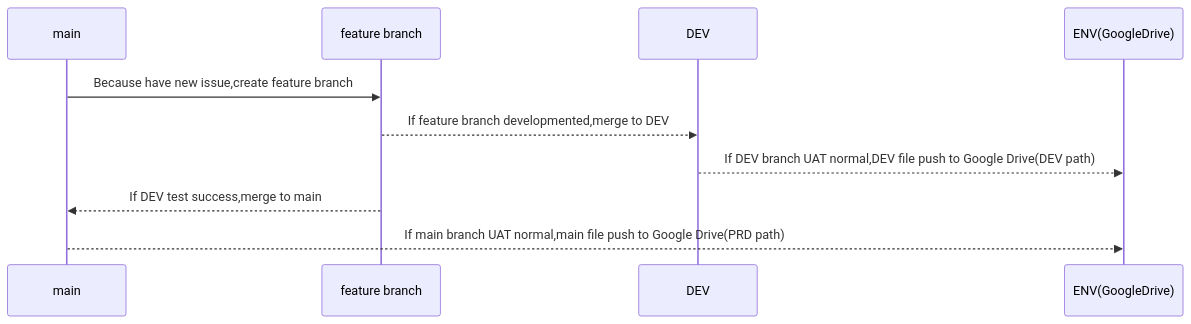
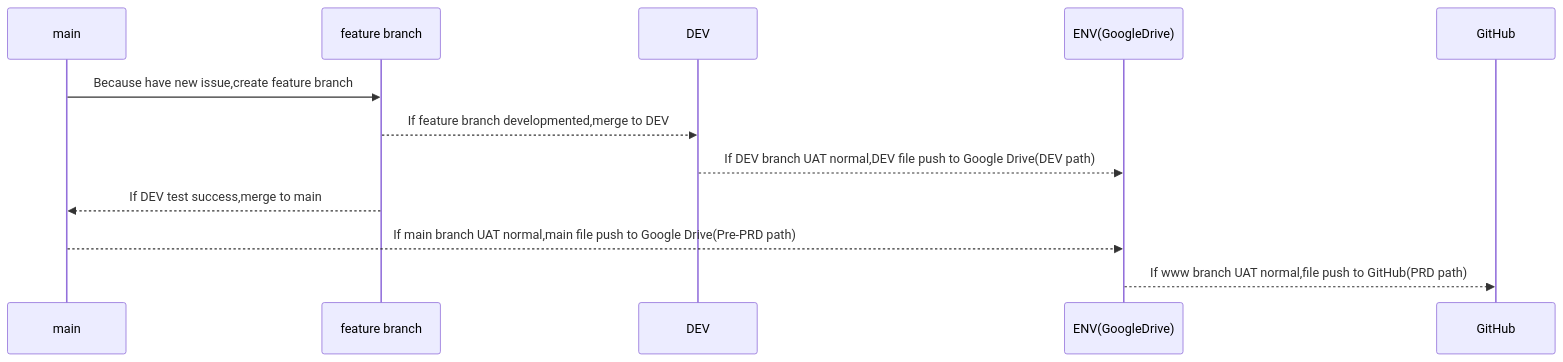
One commit to eric19960129/Web changed the diagram in README.md. Above: the diagram before and after it, drawn with Mermaid. The commit also changed other lines of this file and 7 other files, not shown here.

````diff
--- a/README.md
+++ b/README.md
@@ -21,8 +22,9 @@
 ```mermaid
 sequenceDiagram
 main ->> feature branch: Because have new issue,create feature branch
 feature branch-->>DEV: If feature branch developmented,merge to DEV
 DEV-->>ENV(GoogleDrive): If DEV branch UAT normal,DEV file push to Google Drive(DEV path)
 feature branch-->>main: If DEV test success,merge to main
-main-->>ENV(GoogleDrive): If main branch UAT normal,main file push to Google Drive(PRD path)
+main-->>ENV(GoogleDrive): If main branch UAT normal,main file push to Google Drive(Pre-PRD path)
+ENV(GoogleDrive)-->>GitHub: If www branch UAT normal,file push to GitHub(PRD path)
 ```
````
